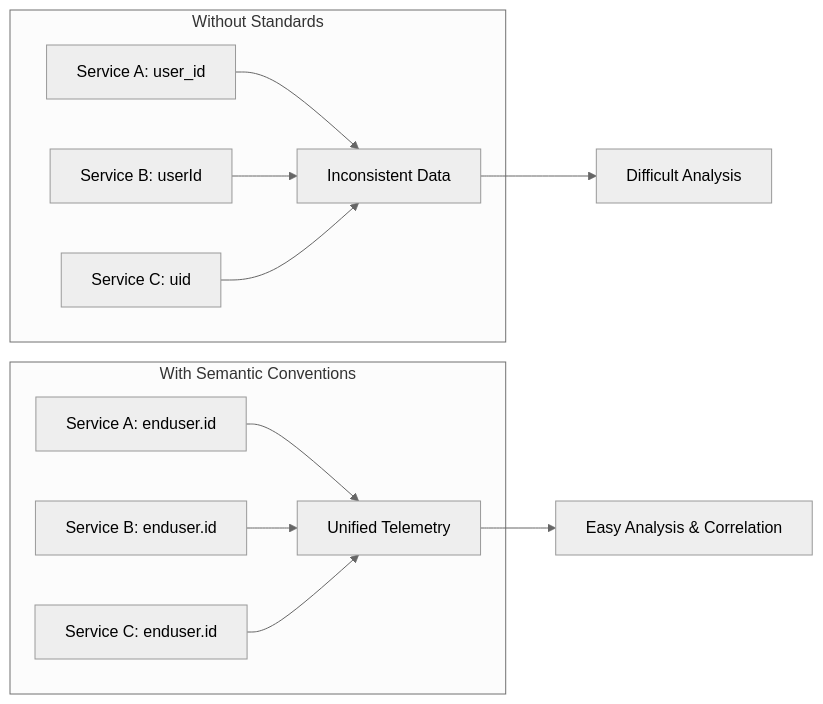
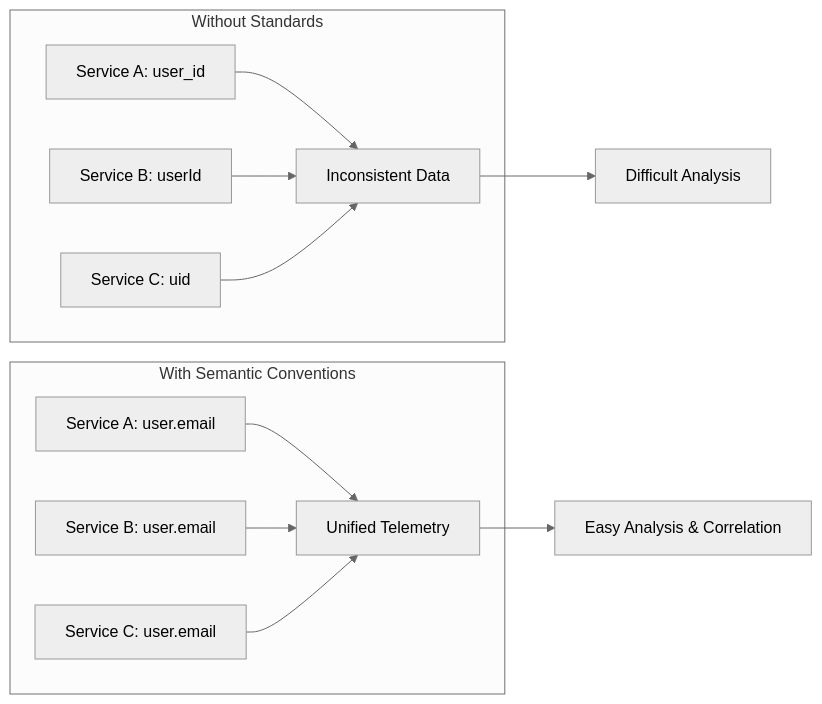
One commit to OneUptime/blog changed the second of 4 diagrams in posts/2026-01-07-opentelemetry-semantic-conventions/README.md. Above: the diagram before and after it, drawn with Mermaid (neutral theme). The commit also changed other lines of this file and 2 other files, not shown here.

````diff
--- a/posts/2026-01-07-opentelemetry-semantic-conventions/README.md
+++ b/posts/2026-01-07-opentelemetry-semantic-conventions/README.md
@@ -56,17 +56,17 @@
 ```mermaid
 flowchart LR
     subgraph "Without Standards"
         A1[Service A: user_id] --> D1[Inconsistent Data]
         A2[Service B: userId] --> D1
         A3[Service C: uid] --> D1
     end
 
     subgraph "With Semantic Conventions"
-        B1[Service A: enduser.id] --> D2[Unified Telemetry]
-        B2[Service B: enduser.id] --> D2
-        B3[Service C: enduser.id] --> D2
+        B1[Service A: user.email] --> D2[Unified Telemetry]
+        B2[Service B: user.email] --> D2
+        B3[Service C: user.email] --> D2
     end
 
     D1 --> E1[Difficult Analysis]
     D2 --> E2[Easy Analysis & Correlation]
 ```
````
